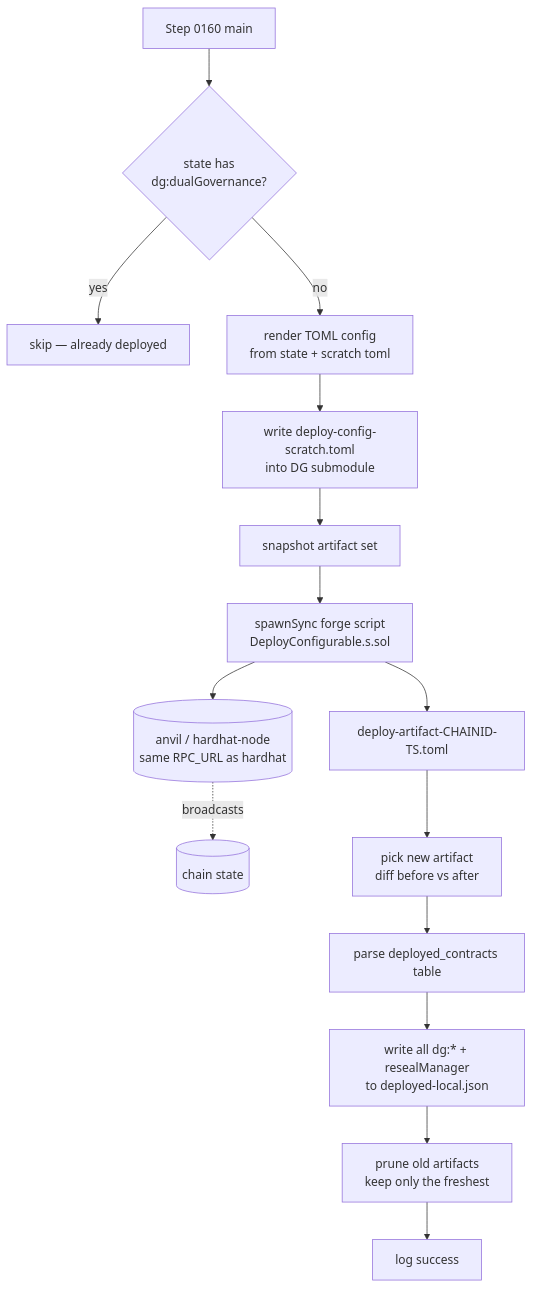
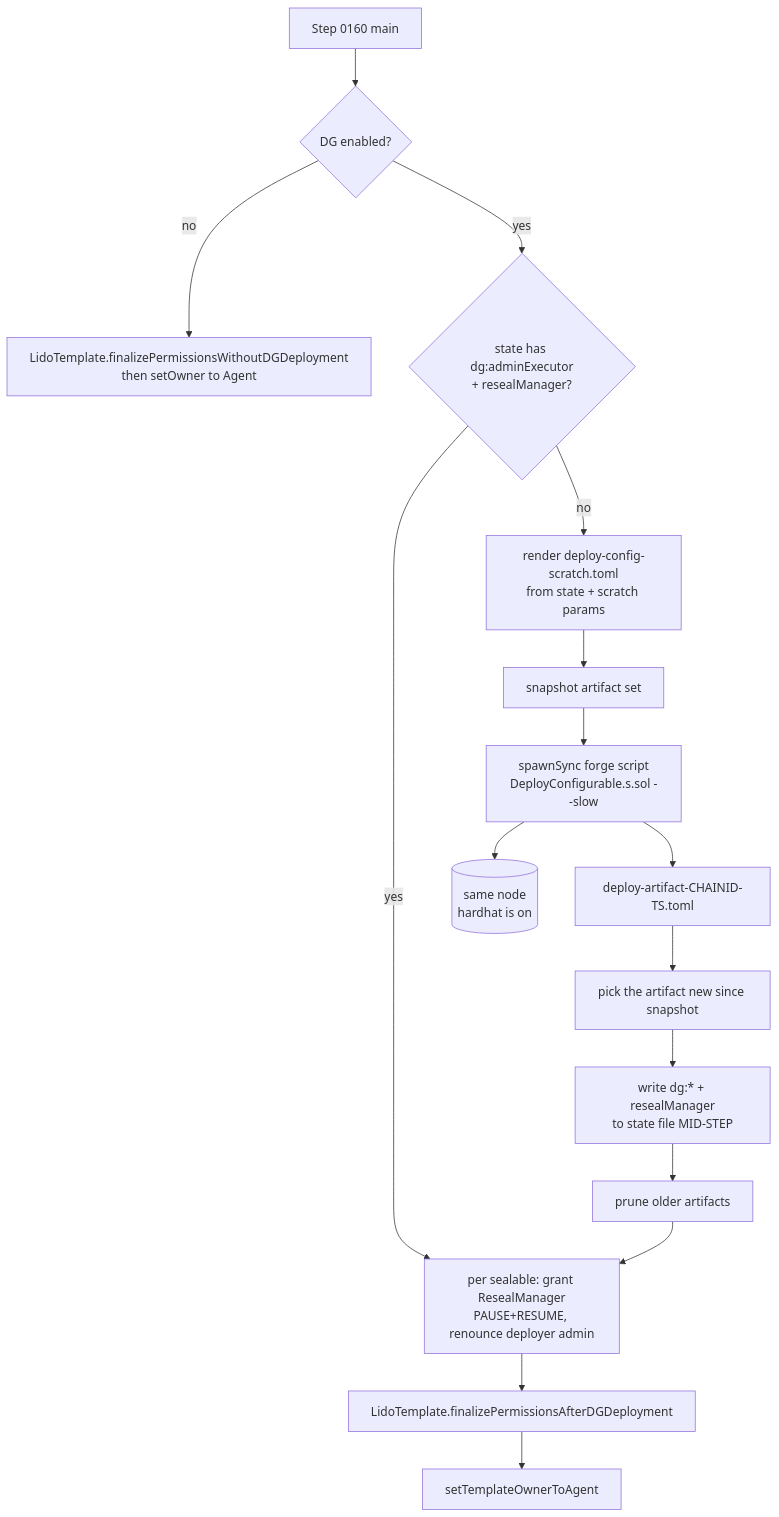
The fifth of 9 diagrams in docs/flow.md (lidofinance/core), drawn with Mermaid before and after one commit. The commit also changed other lines of this file and 2 other files, not shown here.

Commit message:
fix(scratch): dg deploy on CI

````diff
--- a/docs/flow.md
+++ b/docs/flow.md
@@ -201,22 +255,22 @@
 ```mermaid
 flowchart TD
     Start[Step 0160 main]
-    Start --> Idem{state has<br/>dg:dualGovernance?}
-    Idem -- yes --> Skip[skip — already deployed]
-    Idem -- no --> Render
+    Start --> DGOn{DG enabled?}
+    DGOn -- no --> NoDG[LidoTemplate.finalizePermissionsWithoutDGDeployment<br/>then setOwner to Agent]
+    DGOn -- yes --> Reuse{state has dg:adminExecutor<br/>+ resealManager?}
 
-    Render[render TOML config<br/>from state + scratch toml]
-    Render --> WriteCfg[write deploy-config-scratch.toml<br/>into DG submodule]
-    WriteCfg --> SnapBefore[snapshot artifact set]
-    SnapBefore --> Forge[spawnSync forge script<br/>DeployConfigurable.s.sol]
+    Reuse -- yes --> Wire
+    Reuse -- no --> Render[render deploy-config-scratch.toml<br/>from state + scratch params]
+    Render --> SnapBefore[snapshot artifact set]
+    SnapBefore --> Forge[spawnSync forge script<br/>DeployConfigurable.s.sol --slow]
+    Forge --> Anvil[(same node<br/>hardhat is on)]
+    Forge --> Artifact[deploy-artifact-CHAINID-TS.toml]
+    Artifact --> Pick[pick the artifact new since snapshot]
+    Pick --> Persist[write dg:* + resealManager<br/>to state file MID-STEP]
+    Persist --> PruneA[prune older artifacts]
+    PruneA --> Wire
 
-    Forge --> Anvil[(anvil / hardhat-node<br/>same RPC_URL as hardhat)]
-    Anvil -.broadcasts.-> Chain[(chain state)]
-    Forge --> Artifact[deploy-artifact-CHAINID-TS.toml]
-
-    Artifact --> Pick[pick new artifact<br/>diff before vs after]
-    Pick --> Parse[parse deployed_contracts table]
-    Parse --> WriteState[write all dg:* + resealManager<br/>to deployed-local.json]
-    WriteState --> Prune[prune old artifacts<br/>keep only the freshest]
-    Prune --> Done[log success]
+    Wire[per sealable: grant ResealManager<br/>PAUSE+RESUME, renounce deployer admin]
+    Wire --> Finalize[LidoTemplate.finalizePermissionsAfterDGDeployment]
+    Finalize --> Owner[setTemplateOwnerToAgent]
 ```
````
